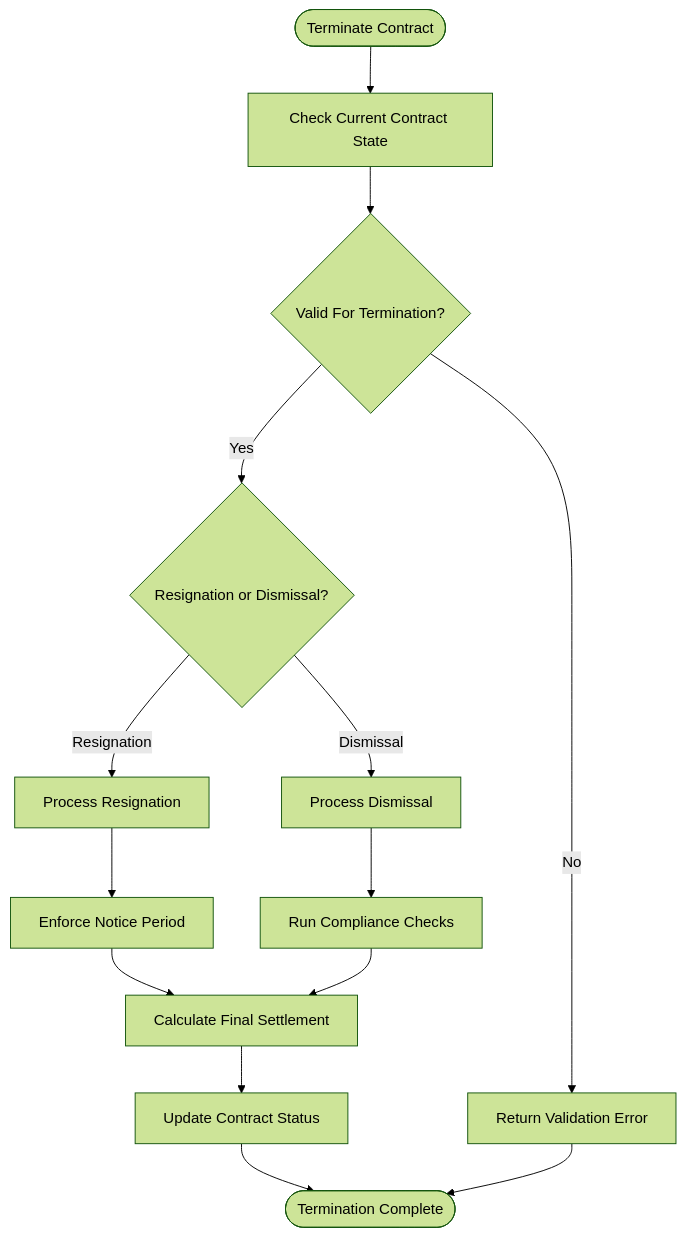
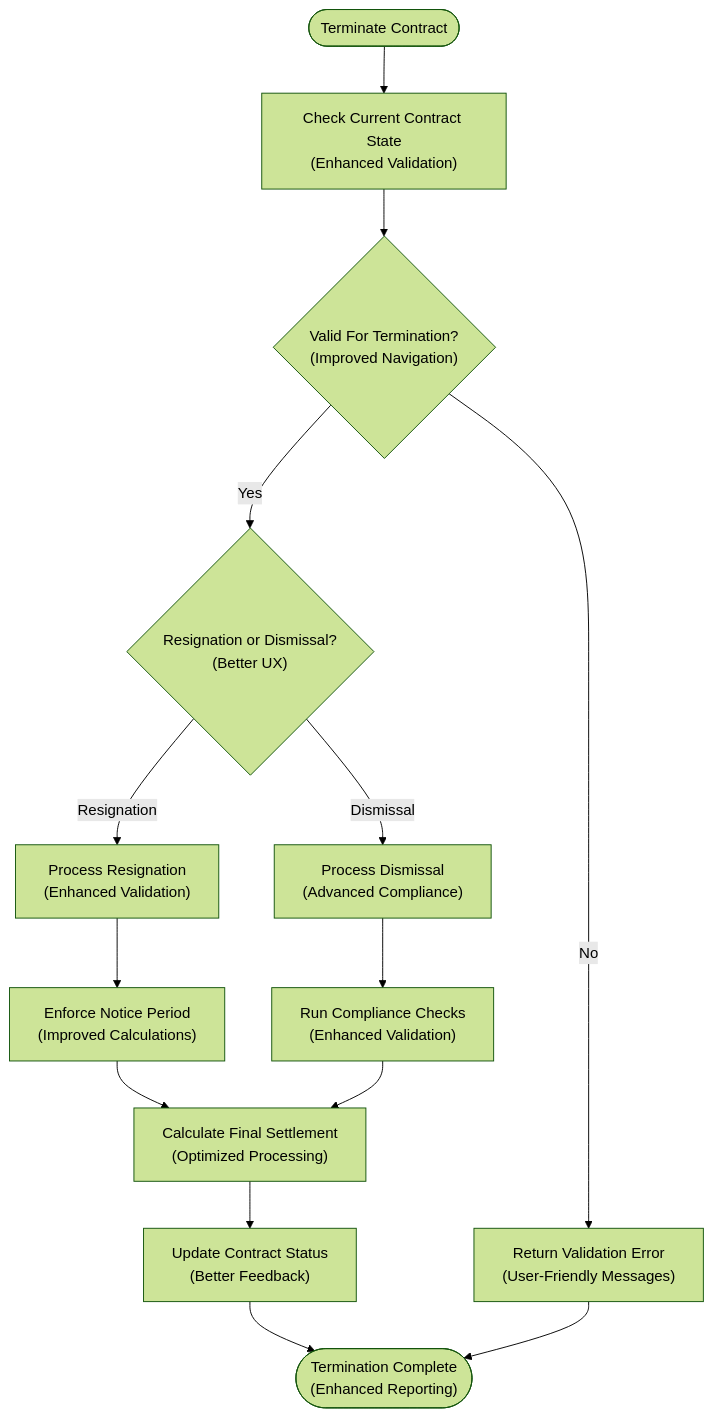
Before and after one commit to franckylab/eLISAschool: the third of 5 diagrams in .qoder/repowiki/en/content/API Reference/Human Resources API/Personnel Administration API/Contract Management API.md, drawn with Mermaid (forest theme). The commit also changed other lines of this file and 102 other files, not shown here.

````diff
--- a/.qoder/repowiki/en/content/API Reference/Human Resources API/Personnel Administration API/Contract Management API.md
+++ b/.qoder/repowiki/en/content/API Reference/Human Resources API/Personnel Administration API/Contract Management API.md
@@ -385,16 +415,16 @@
 ```mermaid
 flowchart TD
-Start(["Terminate Contract"]) --> CheckState["Check Current Contract State"]
-CheckState --> Valid{"Valid For Termination?"}
-Valid --> |No| Error["Return Validation Error"]
-Valid --> |Yes| ChooseType{"Resignation or Dismissal?"}
-ChooseType --> |Resignation| Resign["Process Resignation"]
-ChooseType --> |Dismissal| Dismiss["Process Dismissal"]
-Resign --> Notice["Enforce Notice Period"]
-Dismiss --> Compliance["Run Compliance Checks"]
-Notice --> Settle["Calculate Final Settlement"]
+Start(["Terminate Contract"]) --> CheckState["Check Current Contract State<br/>(Enhanced Validation)"]
+CheckState --> Valid{"Valid For Termination?<br/>(Improved Navigation)"}
+Valid --> |No| Error["Return Validation Error<br/>(User-Friendly Messages)"]
+Valid --> |Yes| ChooseType{"Resignation or Dismissal?<br/>(Better UX)"}
+ChooseType --> |Resignation| Resign["Process Resignation<br/>(Enhanced Validation)"]
+ChooseType --> |Dismissal| Dismiss["Process Dismissal<br/>(Advanced Compliance)"]
+Resign --> Notice["Enforce Notice Period<br/>(Improved Calculations)"]
+Dismiss --> Compliance["Run Compliance Checks<br/>(Enhanced Validation)"]
+Notice --> Settle["Calculate Final Settlement<br/>(Optimized Processing)"]
 Compliance --> Settle
-Settle --> UpdateStatus["Update Contract Status"]
-UpdateStatus --> End(["Termination Complete"])
+Settle --> UpdateStatus["Update Contract Status<br/>(Better Feedback)"]
+UpdateStatus --> End(["Termination Complete<br/>(Enhanced Reporting)"])
 Error --> End
 ```
````
